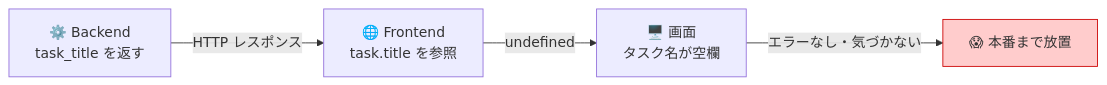
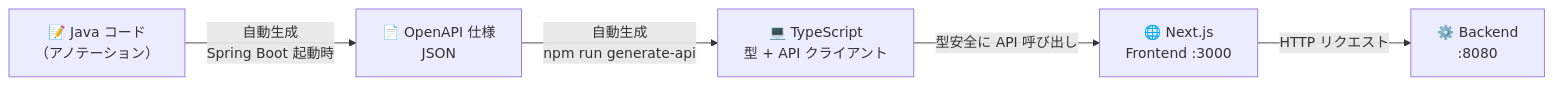
One commit to fkei753/swagger-handson changed the first of 3 diagrams in README.md. Above: the diagram before and after it, drawn with Mermaid. The commit also changed other lines of this file and 2 other files, not shown here.

````diff
--- a/README.md
+++ b/README.md
@@ -140,7 +40,7 @@
 ```mermaid
 flowchart LR
-    BE["⚙️ Backend\ntask_title を返す"] -->|"HTTP レスポンス"| FE["🌐 Frontend\ntask.title を参照"]
-    FE -->|"undefined"| UI["🖥️ 画面\nタスク名が空欄"]
-    UI -->|"エラーなし・気づかない"| PROD["😱 本番まで放置"]
-    style PROD fill:#ffcccc,stroke:#cc0000
+    A["📝 Java コード\n（アノテーション）"] -->|"自動生成\nSpring Boot 起動時"| B["📄 OpenAPI 仕様\nJSON"]
+    B -->|"自動生成\nnpm run generate-api"| C["💻 TypeScript\n型 + API クライアント"]
+    C -->|"型安全に API 呼び出し"| D["🌐 Next.js\nFrontend :3000"]
+    D -->|"HTTP リクエスト"| E["⚙️ Backend\n:8080"]
 ```
````
